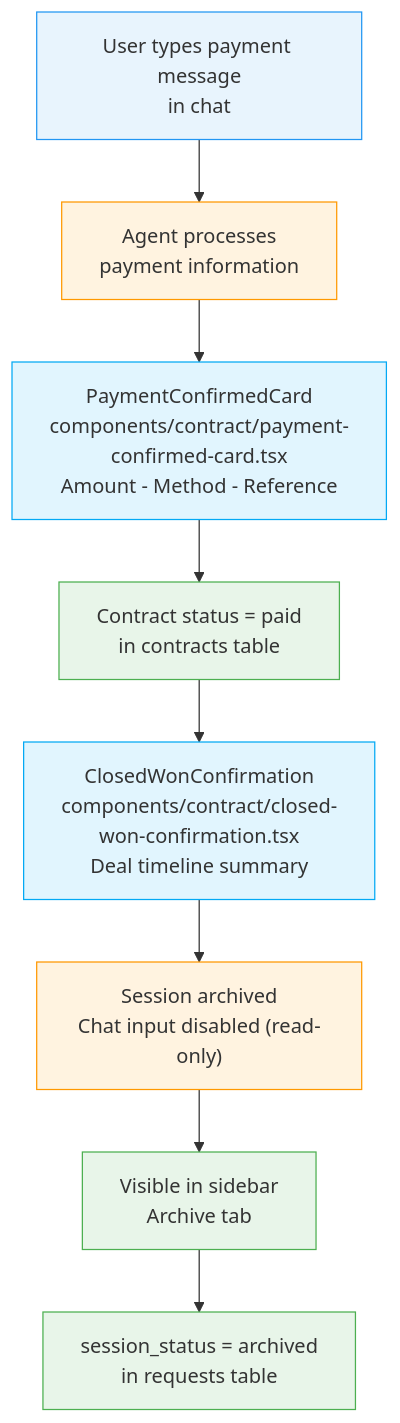
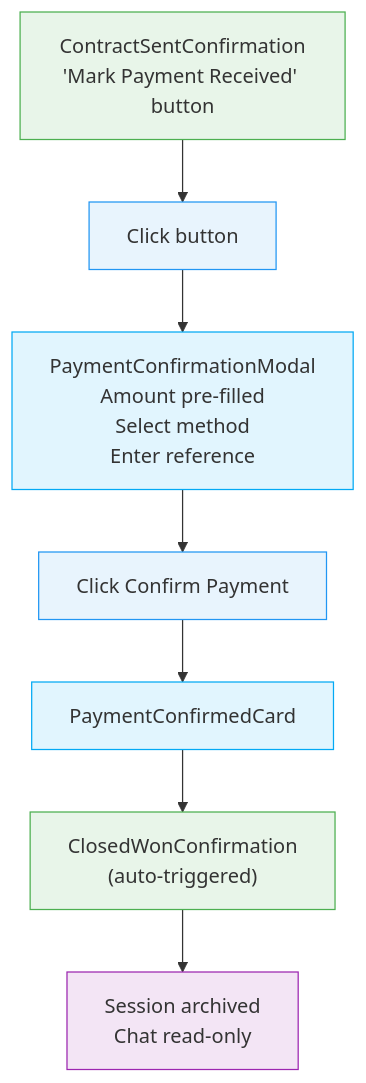
The eighth of 9 diagrams in .claude/commands/e2e-test.md (kingler/v0-jetvision-assistant), drawn with Mermaid before and after one commit. The commit also changed other lines of this file and 16 other files, not shown here.

````diff
--- a/.claude/commands/e2e-test.md
+++ b/.claude/commands/e2e-test.md
@@ -1089,19 +749,17 @@
 ```mermaid
 flowchart TD
-    A["User types payment message\nin chat"] --> B["Agent processes\npayment information"]
-    B --> C["PaymentConfirmedCard\ncomponents/contract/payment-confirmed-card.tsx\nAmount - Method - Reference"]
-    C --> D["Contract status = paid\nin contracts table"]
-    D --> E["ClosedWonConfirmation\ncomponents/contract/closed-won-confirmation.tsx\nDeal timeline summary"]
-    E --> F["Session archived\nChat input disabled (read-only)"]
-    F --> G["Visible in sidebar\nArchive tab"]
-    G --> H["session_status = archived\nin requests table"]
+    A["ContractSentConfirmation\n'Mark Payment Received' button"] --> B["Click button"]
+    B --> C["PaymentConfirmationModal\nAmount pre-filled\nSelect method\nEnter reference"]
+    C --> D["Click Confirm Payment"]
+    D --> E["PaymentConfirmedCard"]
+    E --> F["ClosedWonConfirmation\n(auto-triggered)"]
+    F --> G["Session archived\nChat read-only"]
 
-    style A fill:#e8f4fd,stroke:#2196F3
-    style B fill:#fff3e0,stroke:#FF9800
+    style A fill:#e8f5e9,stroke:#4CAF50
+    style B fill:#e8f4fd,stroke:#2196F3
     style C fill:#e1f5fe,stroke:#03A9F4
-    style D fill:#e8f5e9,stroke:#4CAF50
+    style D fill:#e8f4fd,stroke:#2196F3
     style E fill:#e1f5fe,stroke:#03A9F4
-    style F fill:#fff3e0,stroke:#FF9800
-    style G fill:#e8f5e9,stroke:#4CAF50
-    style H fill:#e8f5e9,stroke:#4CAF50
+    style F fill:#e8f5e9,stroke:#4CAF50
+    style G fill:#f3e5f5,stroke:#9C27B0
 ```
````
